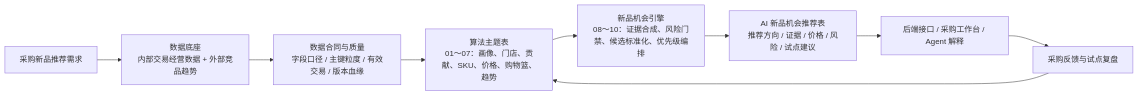
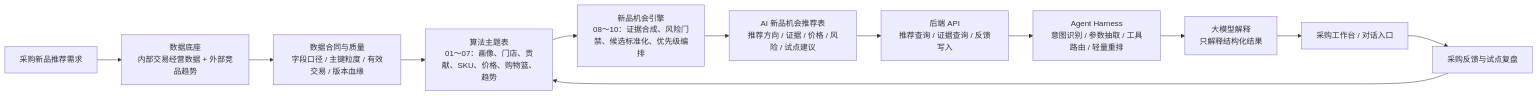
Before and after one commit to wangcmcm57-spec/ai-smart-product-selection: the diagram in 05_architecture/README.md, drawn with Mermaid. The commit also changed other lines of this file and 16 other files, not shown here.

Commit message:
docs: restore agent runtime architecture and review entry

````diff
--- a/05_architecture/README.md
+++ b/05_architecture/README.md
@@ -27,20 +32,26 @@
 ```mermaid
 flowchart LR
     BIZ["采购新品推荐需求"]
     DATA["数据底座<br/>内部交易经营数据 + 外部竞品趋势"]
     QC["数据合同与质量<br/>字段口径 / 主键粒度 / 有效交易 / 版本血缘"]
     ALG["算法主题表<br/>01～07：画像、门店、贡献、SKU、价格、购物篮、趋势"]
     ENGINE["新品机会引擎<br/>08～10：证据合成、风险门禁、候选标准化、优先级编排"]
     RESULT["AI 新品机会推荐表<br/>推荐方向 / 证据 / 价格 / 风险 / 试点建议"]
-    APP["后端接口 / 采购工作台 / Agent 解释"]
+    API["后端 API<br/>推荐查询 / 证据查询 / 反馈写入"]
+    HARNESS["Agent Harness<br/>意图识别 / 参数抽取 / 工具路由 / 轻量重排"]
+    LLM["大模型解释<br/>只解释结构化结果"]
+    APP["采购工作台 / 对话入口"]
     FEEDBACK["采购反馈与试点复盘"]
 
     BIZ --> DATA
     DATA --> QC
     QC --> ALG
     ALG --> ENGINE
     ENGINE --> RESULT
-    RESULT --> APP
+    RESULT --> API
+    API --> HARNESS
+    HARNESS --> LLM
+    LLM --> APP
     APP --> FEEDBACK
     FEEDBACK --> ALG
 ```
````
